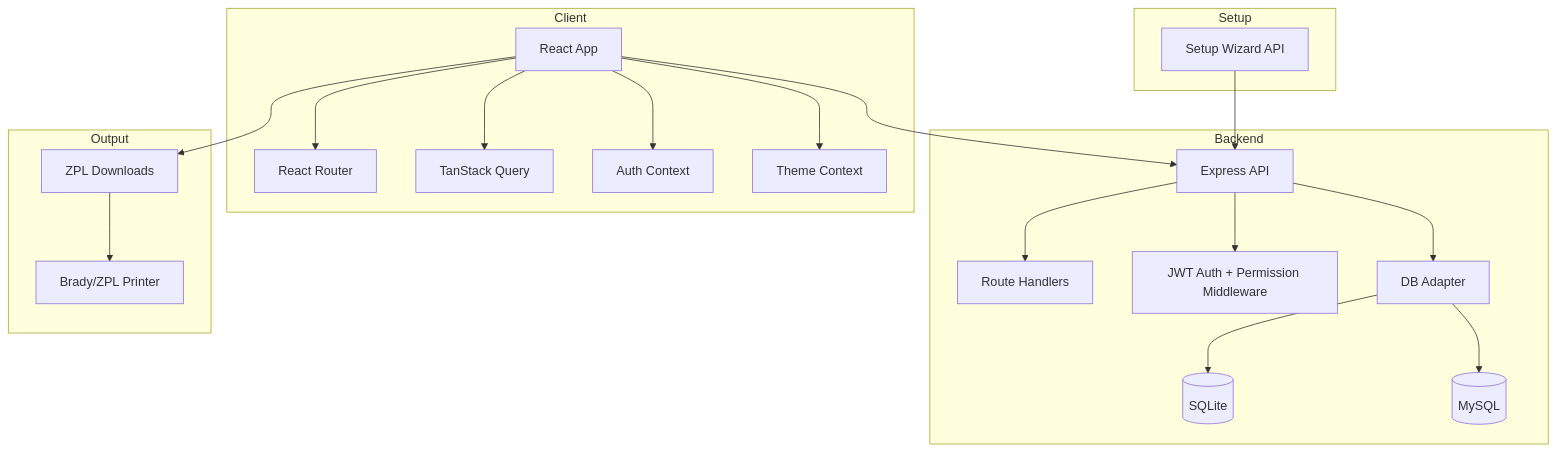
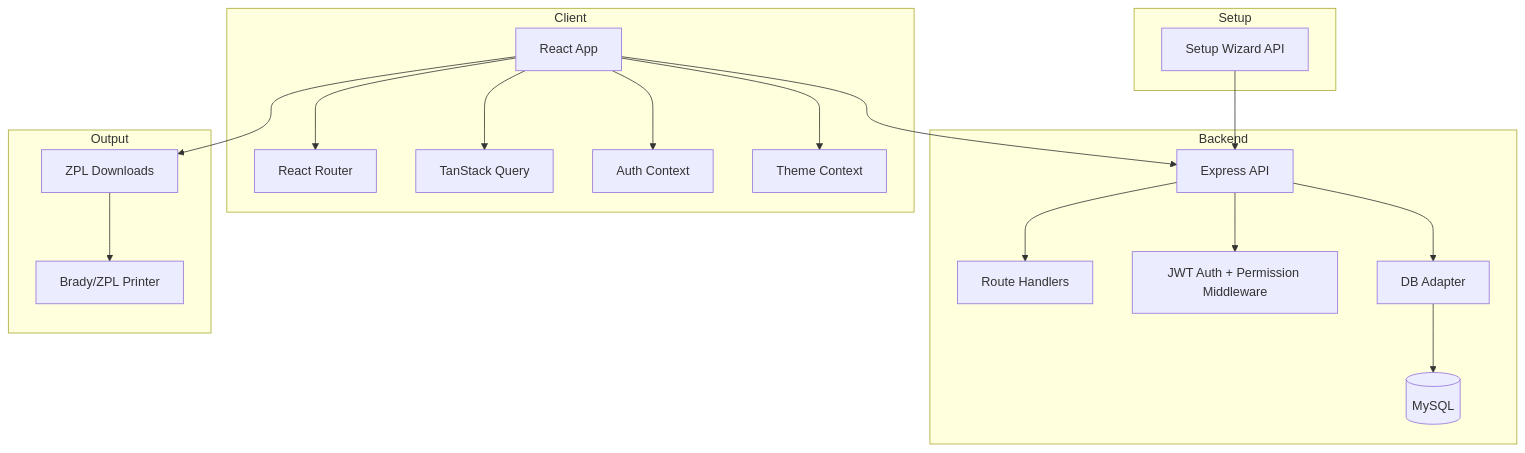
Before and after one commit to ArxKnight/CableIndex: the diagram in .kiro/specs/cable-manager-mvp/design.md, drawn with Mermaid. The commit also changed other lines of this file and 51 other files, not shown here.

````diff
--- a/.kiro/specs/cable-manager-mvp/design.md
+++ b/.kiro/specs/cable-manager-mvp/design.md
@@ -20,28 +20,27 @@
 ```mermaid
 graph TB
     subgraph "Client"
         A[React App] --> B[React Router]
         A --> C[TanStack Query]
         A --> D[Auth Context]
         A --> E[Theme Context]
     end
 
     subgraph "Backend"
         F[Express API] --> G[Route Handlers]
         F --> H[JWT Auth + Permission Middleware]
         F --> I[DB Adapter]
-        I --> J[(SQLite)]
-        I --> K[(MySQL)]
+      I --> K[(MySQL)]
     end
 
     subgraph "Setup"
         L[Setup Wizard API] --> F
     end
 
     subgraph "Output"
         M[ZPL Downloads] --> N[Brady/ZPL Printer]
     end
 
     A --> F
     A --> M
 ```
````
